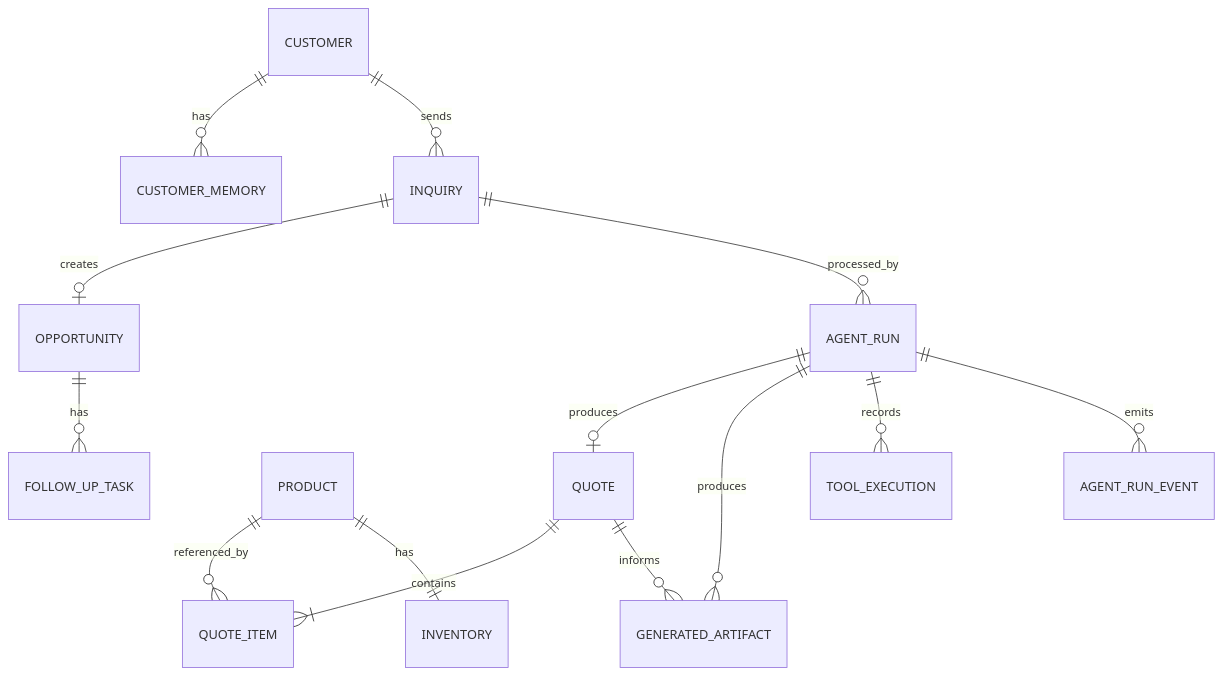
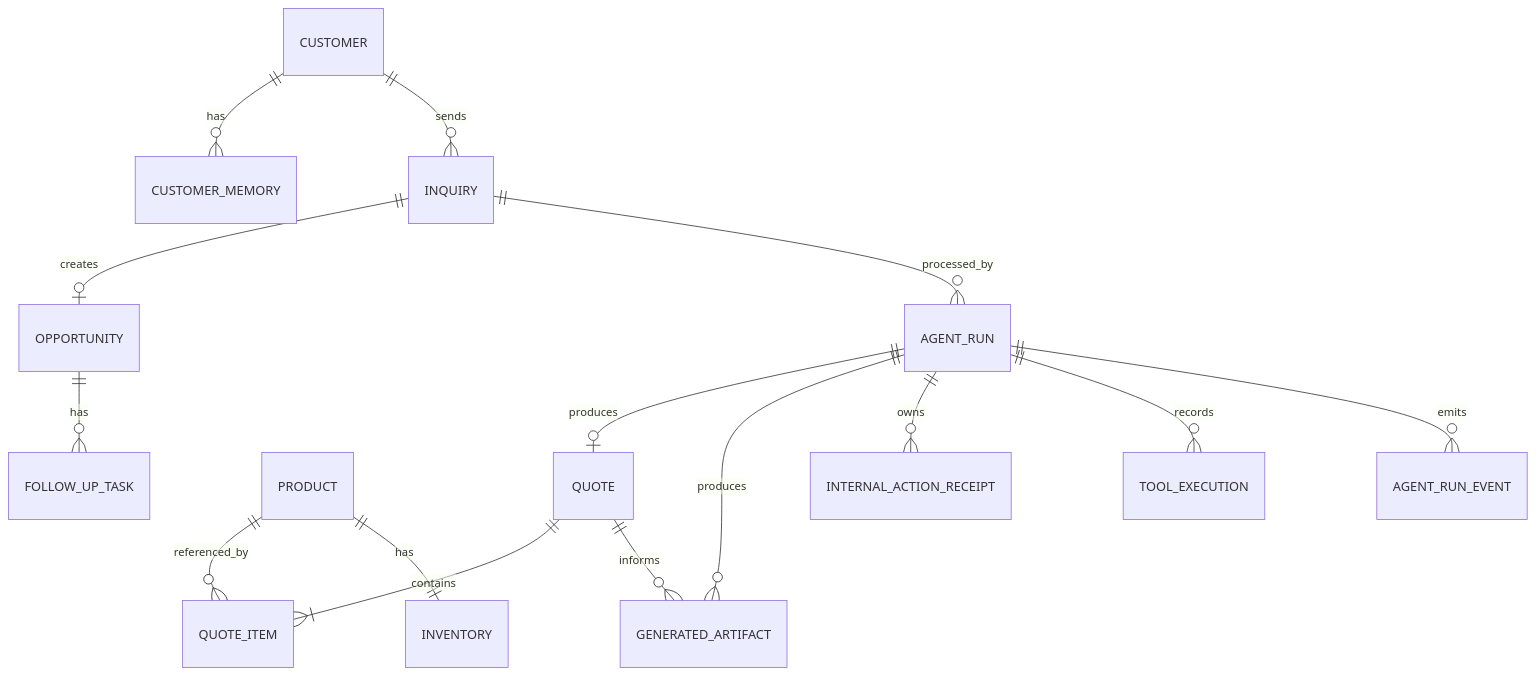
The diagram in docs/architecture/023-data-model.md (4356gs/adegaflow-ai), drawn with Mermaid before and after one commit. The commit also changed other lines of this file and 13 other files, not shown here.

````diff
--- a/docs/architecture/023-data-model.md
+++ b/docs/architecture/023-data-model.md
@@ -9,16 +9,17 @@
 ```mermaid
 erDiagram
     CUSTOMER ||--o{ CUSTOMER_MEMORY : has
     CUSTOMER ||--o{ INQUIRY : sends
     INQUIRY ||--o| OPPORTUNITY : creates
     INQUIRY ||--o{ AGENT_RUN : processed_by
     AGENT_RUN ||--o| QUOTE : produces
     QUOTE ||--|{ QUOTE_ITEM : contains
     PRODUCT ||--o{ QUOTE_ITEM : referenced_by
     PRODUCT ||--|| INVENTORY : has
     AGENT_RUN ||--o{ GENERATED_ARTIFACT : produces
     QUOTE ||--o{ GENERATED_ARTIFACT : informs
     OPPORTUNITY ||--o{ FOLLOW_UP_TASK : has
+    AGENT_RUN ||--o{ INTERNAL_ACTION_RECEIPT : owns
     AGENT_RUN ||--o{ TOOL_EXECUTION : records
     AGENT_RUN ||--o{ AGENT_RUN_EVENT : emits
 ```
````
